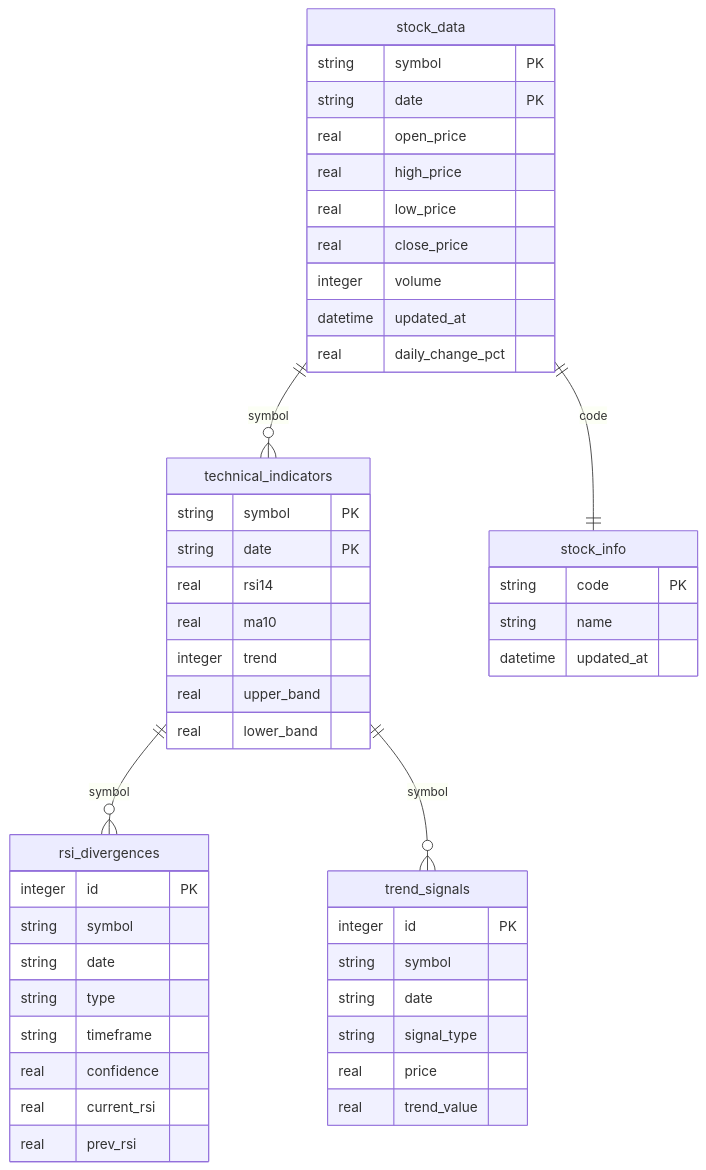
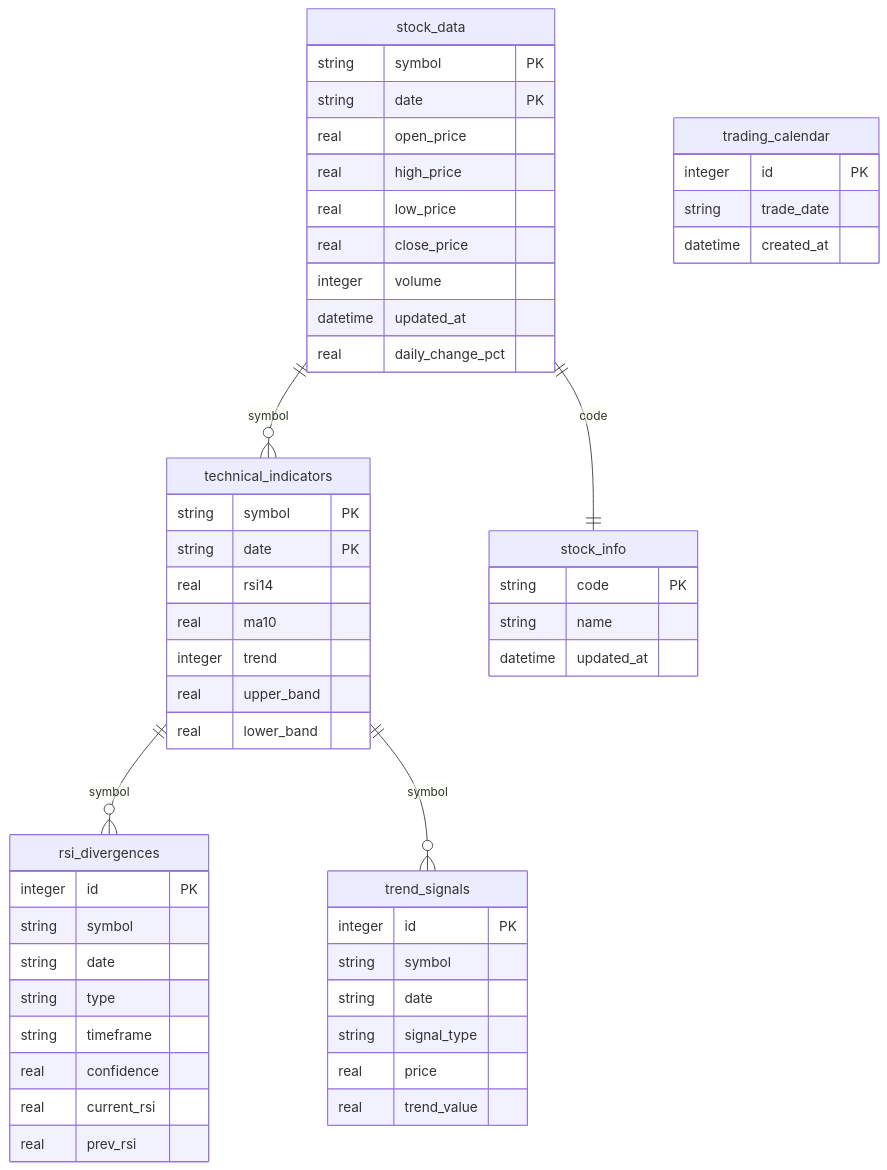
The second of 3 diagrams in Readme.md (jerlinn/PulseTrader), drawn with Mermaid before and after one commit. The commit also changed other lines of this file and 12 other files, not shown here.

````diff
--- a/Readme.md
+++ b/Readme.md
@@ -110,55 +111,61 @@
 ```mermaid
 erDiagram
     stock_data ||--o{ technical_indicators : symbol
     technical_indicators ||--o{ rsi_divergences : symbol
     technical_indicators ||--o{ trend_signals : symbol
     stock_data ||--|| stock_info : code
     
     stock_data {
         string symbol PK
         string date PK
         real open_price
         real high_price  
         real low_price
         real close_price
         integer volume
         datetime updated_at
         real daily_change_pct
     }
     
     technical_indicators {
         string symbol PK
         string date PK
         real rsi14
         real ma10
         integer trend
         real upper_band
         real lower_band
     }
     
     rsi_divergences {
         integer id PK
         string symbol
         string date
         string type
         string timeframe
         real confidence
         real current_rsi
         real prev_rsi
     }
     
     trend_signals {
         integer id PK
         string symbol
         string date
         string signal_type
         real price
         real trend_value
     }
     
     stock_info {
         string code PK
         string name
         datetime updated_at
     }
+    
+    trading_calendar {
+        integer id PK
+        string trade_date
+        datetime created_at
+    }
 ```
````
